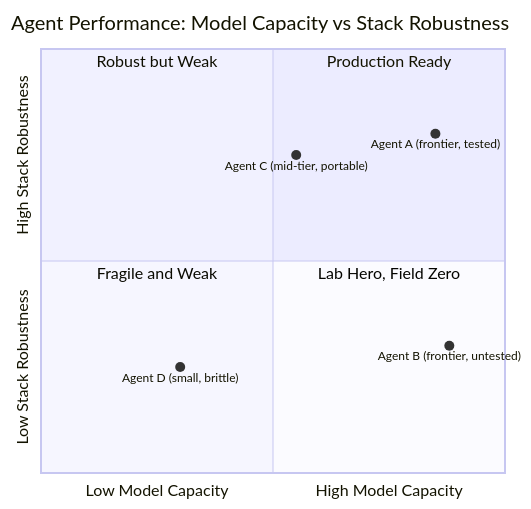
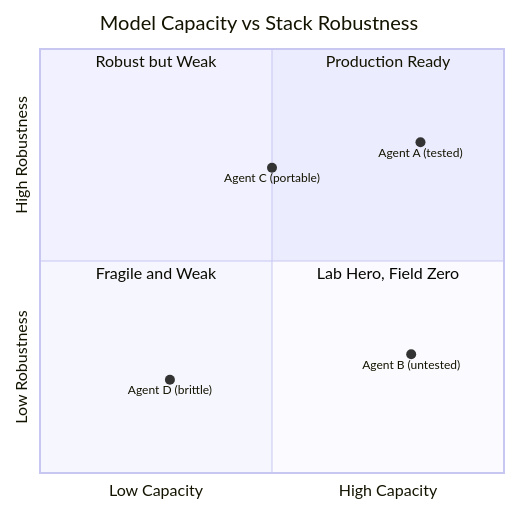
The third of 4 diagrams in README.md (realityinspector/stack-eval), drawn with Mermaid before and after one commit. The commit also changed other lines of this file, not shown here.

First line of the commit message:
Revise README for StackEval v0.5 updates

````diff
--- a/README.md
+++ b/README.md
@@ -220,14 +131,14 @@
 ```mermaid
 quadrantChart
-    title Agent Performance: Model Capacity vs Stack Robustness
-    x-axis "Low Model Capacity" --> "High Model Capacity"
-    y-axis "Low Stack Robustness" --> "High Stack Robustness"
+    title Model Capacity vs Stack Robustness
+    x-axis "Low Capacity" --> "High Capacity"
+    y-axis "Low Robustness" --> "High Robustness"
     quadrant-1 "Production Ready"
     quadrant-2 "Robust but Weak"
     quadrant-3 "Fragile and Weak"
     quadrant-4 "Lab Hero, Field Zero"
-    "Agent A (frontier, tested)": [0.85, 0.80]
-    "Agent B (frontier, untested)": [0.88, 0.30]
-    "Agent C (mid-tier, portable)": [0.55, 0.75]
-    "Agent D (small, brittle)": [0.30, 0.25]
+    "Agent A (tested)": [0.82, 0.78]
+    "Agent B (untested)": [0.80, 0.28]
+    "Agent C (portable)": [0.50, 0.72]
+    "Agent D (brittle)": [0.28, 0.22]
 ```
````
